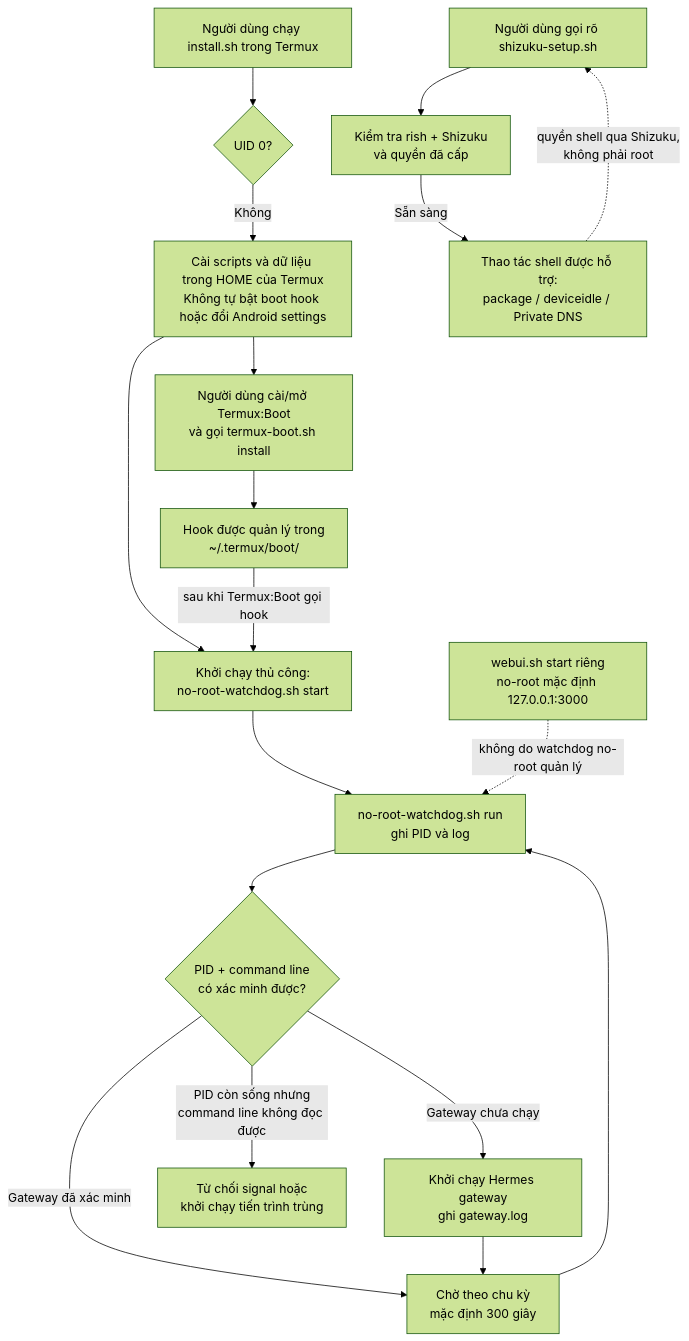
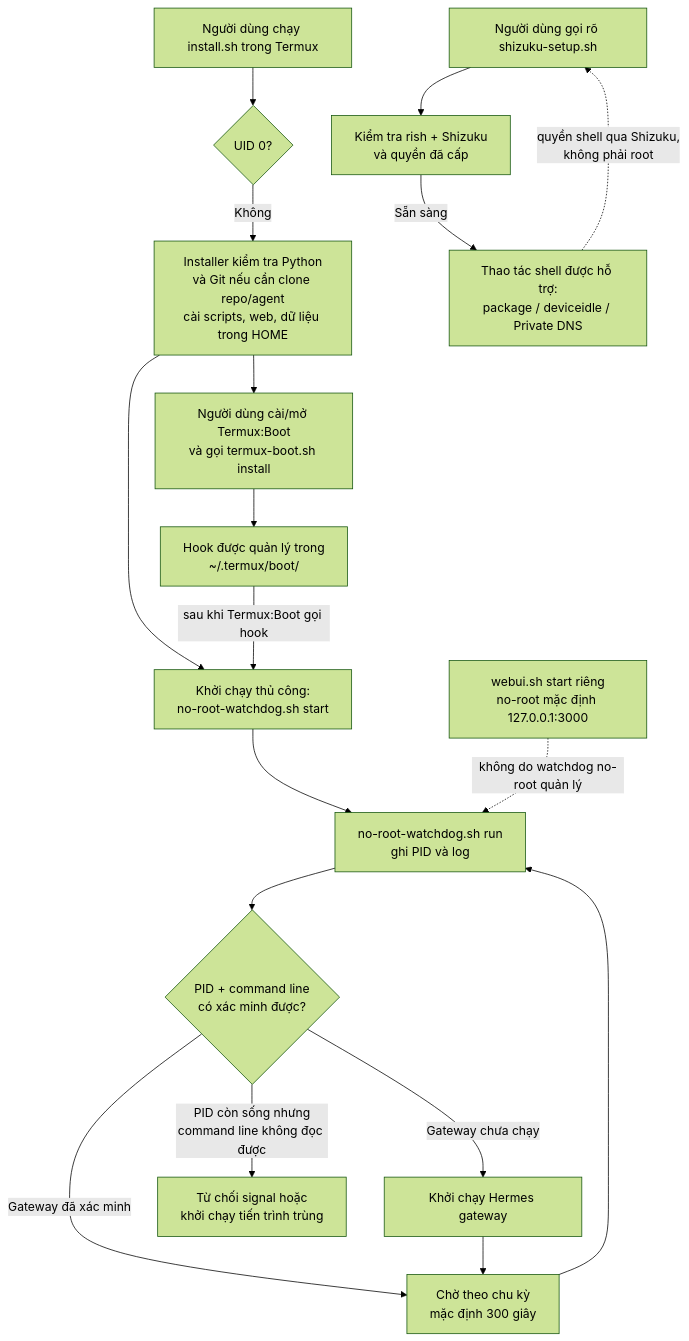
Before and after one commit to shiba-108/hermes-android: the first of 2 diagrams in docs/ARCHITECTURE.md, drawn with Mermaid (forest theme). The commit also changed other lines of this file, not shown here.

Commit message:
docs: update architecture for 5622132

````diff
--- a/docs/ARCHITECTURE.md
+++ b/docs/ARCHITECTURE.md
@@ -59,21 +72,21 @@
 ```mermaid
 flowchart TD
   U[Người dùng chạy install.sh trong Termux] --> C{UID 0?}
-  C -->|Không| I[Cài scripts và dữ liệu trong HOME của Termux<br/>Không tự bật boot hook hoặc đổi Android settings]
+  C -->|Không| I[Installer kiểm tra Python<br/>và Git nếu cần clone repo/agent<br/>cài scripts, web, dữ liệu trong HOME]
   I --> M[Khởi chạy thủ công:<br/>no-root-watchdog.sh start]
   I --> B[Người dùng cài/mở Termux:Boot<br/>và gọi termux-boot.sh install]
   B --> H[Hook được quản lý trong<br/>~/.termux/boot/]
   H -->|sau khi Termux:Boot gọi hook| M
   M --> W[no-root-watchdog.sh run<br/>ghi PID và log]
   W --> Q{PID + command line<br/>có xác minh được?}
-  Q -->|Gateway chưa chạy| G[Khởi chạy Hermes gateway<br/>ghi gateway.log]
+  Q -->|Gateway chưa chạy| G[Khởi chạy Hermes gateway]
   Q -->|Gateway đã xác minh| T[Chờ theo chu kỳ<br/>mặc định 300 giây]
   Q -->|PID còn sống nhưng<br/>command line không đọc được| F[Từ chối signal hoặc<br/>khởi chạy tiến trình trùng]
   G --> T
   T --> W
   X[webui.sh start riêng<br/>no-root mặc định 127.0.0.1:3000] -. không do watchdog no-root quản lý .-> W
 
   SU[Người dùng gọi rõ shizuku-setup.sh] --> R[Kiểm tra rish + Shizuku<br/>và quyền đã cấp]
   R -->|Sẵn sàng| OP[Thao tác shell được hỗ trợ:<br/>package / deviceidle / Private DNS]
   OP -. quyền shell qua Shizuku,<br/>không phải root .-> SU
 ```
````
